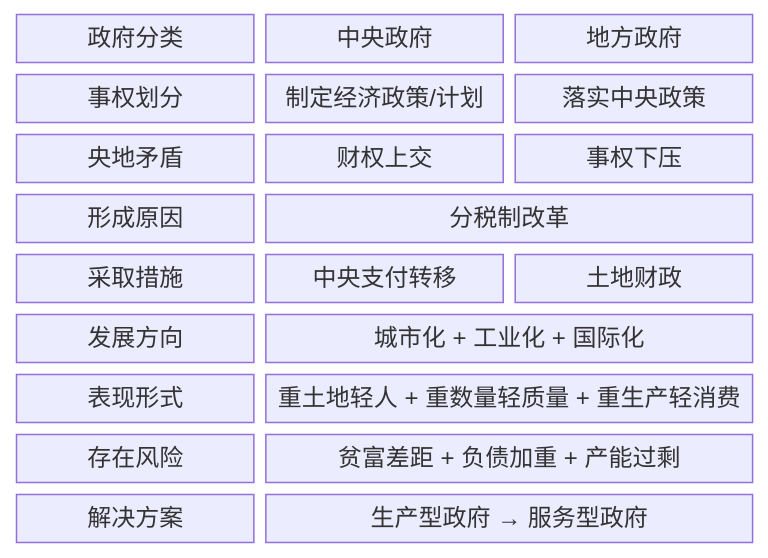
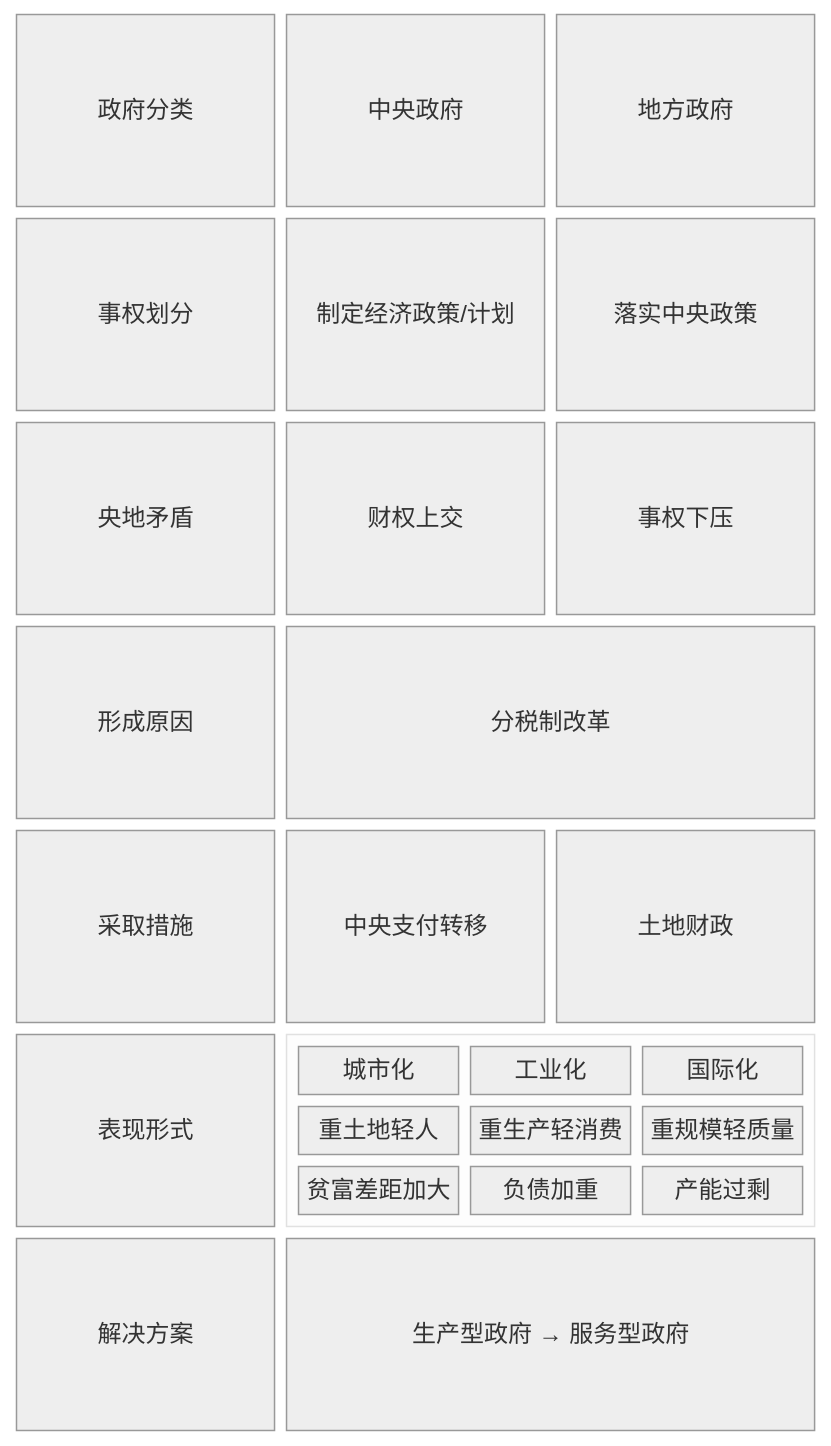
Before and after one commit to El25Aleph/_Aleph: the first of 2 diagrams in docs/card-@置身事内-中国政府与经济发展模型.md, drawn with Mermaid.

````diff
--- a/docs/card-@置身事内-中国政府与经济发展模型.md
+++ b/docs/card-@置身事内-中国政府与经济发展模型.md
@@ -8,13 +8,23 @@
 ```mermaid
+---
+config:
+  theme: neutral
+  look: neo
+  layout: fixed
+---
 block-beta
     columns 3
 政府分类 中央政府 地方政府
 事权划分 制定经济政策/计划 落实中央政策
 央地矛盾 财权上交 事权下压
 形成原因 分税制改革:2
 采取措施 中央支付转移 土地财政
-发展方向 a["城市化 + 工业化 + 国际化"]:2
-表现形式 d["重土地轻人 + 重数量轻质量 + 重生产轻消费"]:2
-存在风险 b["贫富差距 + 负债加重 + 产能过剩"]:2
-解决方案 c["生产型政府 → 服务型政府"]:2
+表现形式
+    block:group1:2
+    columns 3
+    城市化 工业化 国际化
+    重土地轻人 重生产轻消费 重规模轻质量
+    贫富差距加大 负债加重 产能过剩 
+    end
+解决方案 a["生产型政府 → 服务型政府"]:2
 ```
````
